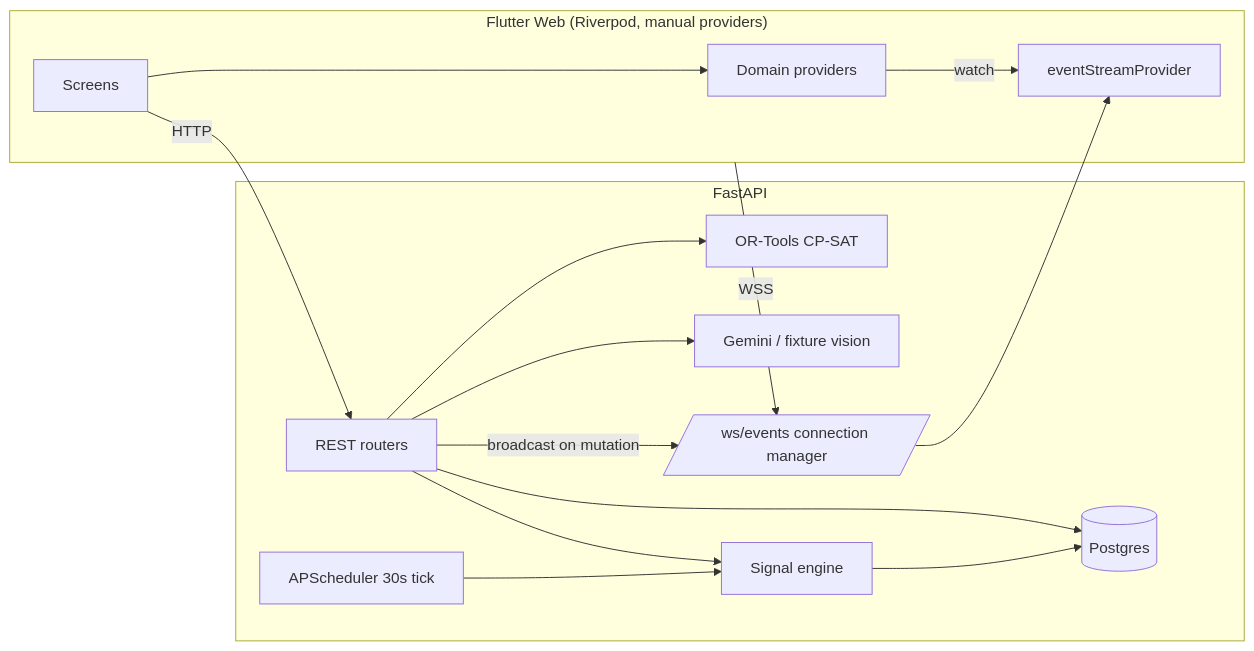
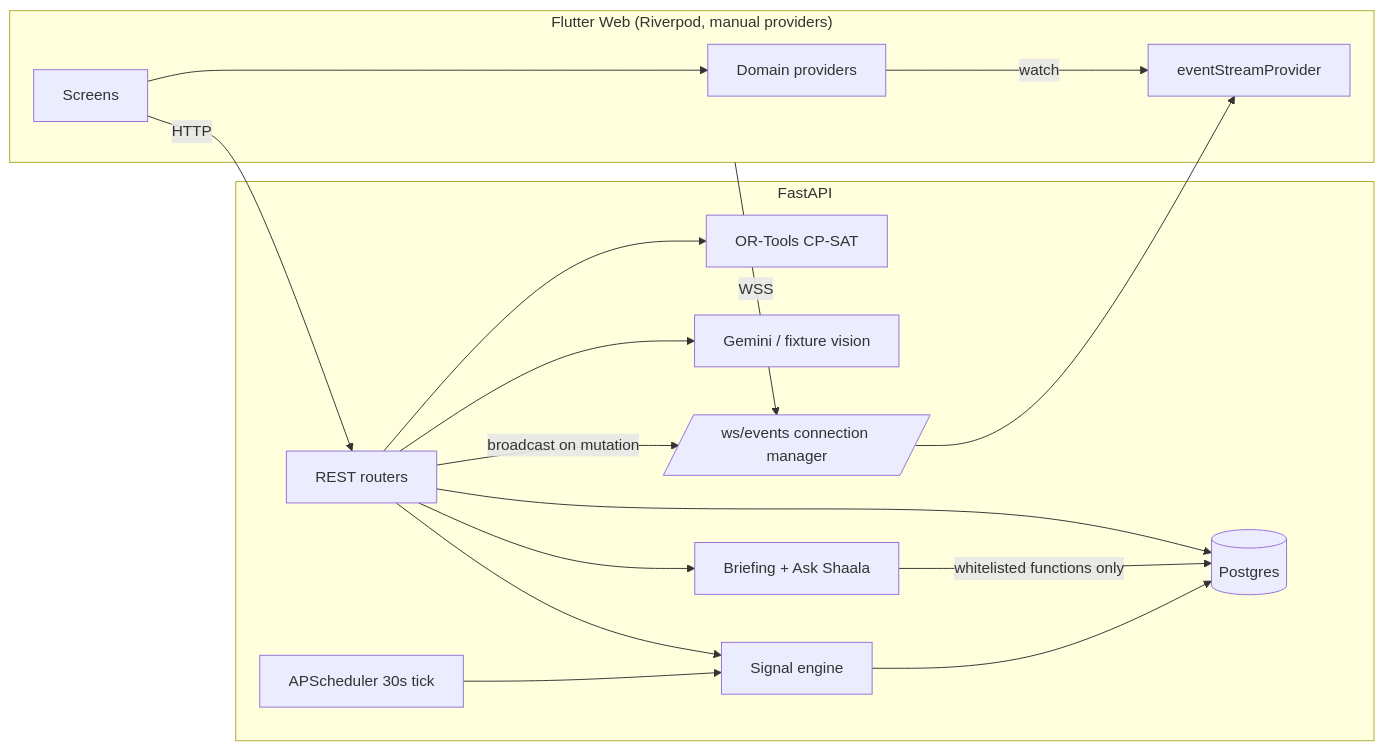
One commit to arunishrajput/shaala-os changed the diagram in README.md. Above: the diagram before and after it, drawn with Mermaid. The commit also changed other lines of this file and 17 other files, not shown here.

````diff
--- a/README.md
+++ b/README.md
@@ -75,21 +95,23 @@
 ```mermaid
 flowchart LR
     subgraph Client["Flutter Web (Riverpod, manual providers)"]
         UI[Screens] --> Providers[Domain providers]
         Providers -- watch --> WS[eventStreamProvider]
     end
 
     subgraph Server["FastAPI"]
         API[REST routers] --> DB[(Postgres)]
         API --> Solver[OR-Tools CP-SAT]
         API --> Vision[Gemini / fixture vision]
+        API --> AI[Briefing + Ask Shaala]
         API --> Signals[Signal engine]
+        AI -- whitelisted functions only --> DB
         Signals --> DB
         Bus[/ws/events connection manager/] --> WS
         API -- broadcast on mutation --> Bus
         Scheduler[APScheduler 30s tick] --> Signals
     end
 
     UI -- HTTP --> API
     Client -- WSS --> Bus
 ```
````
